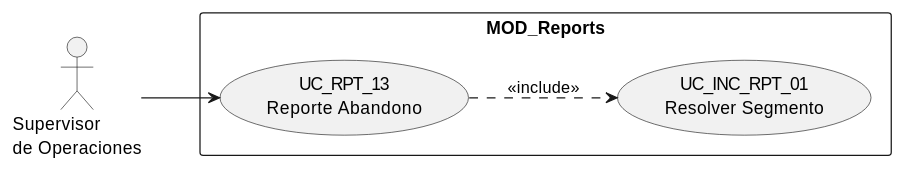
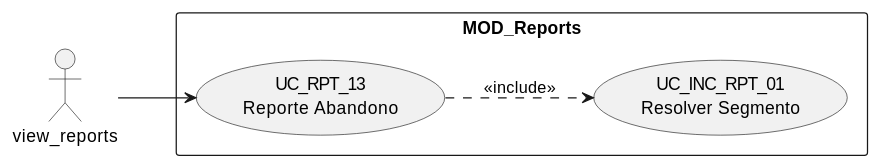
The first of 4 diagrams in source/requisitos/casos-uso/reports/uc-rpt-13/diagramas-uml.rst (jcg-admin/IACT-docs), drawn with PlantUML before and after one commit. The commit also changed other lines of this file and 77 other files, not shown here.

First line of the commit message:
Enforce RBAC function names as actors in all UML diagrams

```diff
--- a/source/requisitos/casos-uso/reports/uc-rpt-13/diagramas-uml.rst
+++ b/source/requisitos/casos-uso/reports/uc-rpt-13/diagramas-uml.rst
@@ -10,12 +10,12 @@
 .. uml::
 
  @startuml
  left to right direction
- actor "Supervisor\nde Operaciones" as USR
+ actor "view_reports" as USR
  rectangle "MOD_Reports" {
    usecase "UC_INC_RPT_01\nResolver Segmento" as INC
    usecase "UC_RPT_13\nReporte Abandono" as UC13
  }
  USR --> UC13
  UC13 ..> INC : <<include>>
  @enduml
```
